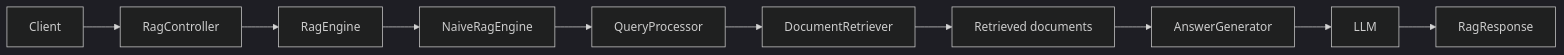
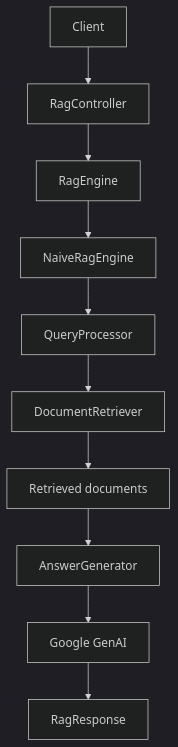
Before and after one commit to BrahimNajiCode/spring-ai-rag-engine: the fifth of 6 diagrams in README.md, drawn with Mermaid (dark theme). The commit also changed other lines of this file, not shown here.

Commit message:
docs: document Naive RAG architecture and usage

````diff
--- a/README.md
+++ b/README.md
@@ -197,12 +233,12 @@
 ```mermaid
-flowchart LR
+flowchart TD
     C[Client] --> RC[RagController]
     RC --> RE[RagEngine]
     RE --> NE[NaiveRagEngine]
     NE --> QP[QueryProcessor]
     QP --> DR[DocumentRetriever]
     DR --> RD[Retrieved documents]
     RD --> AG[AnswerGenerator]
-    AG --> LLM[LLM]
+    AG --> LLM[Google GenAI]
     LLM --> RR[RagResponse]
 ```
````
